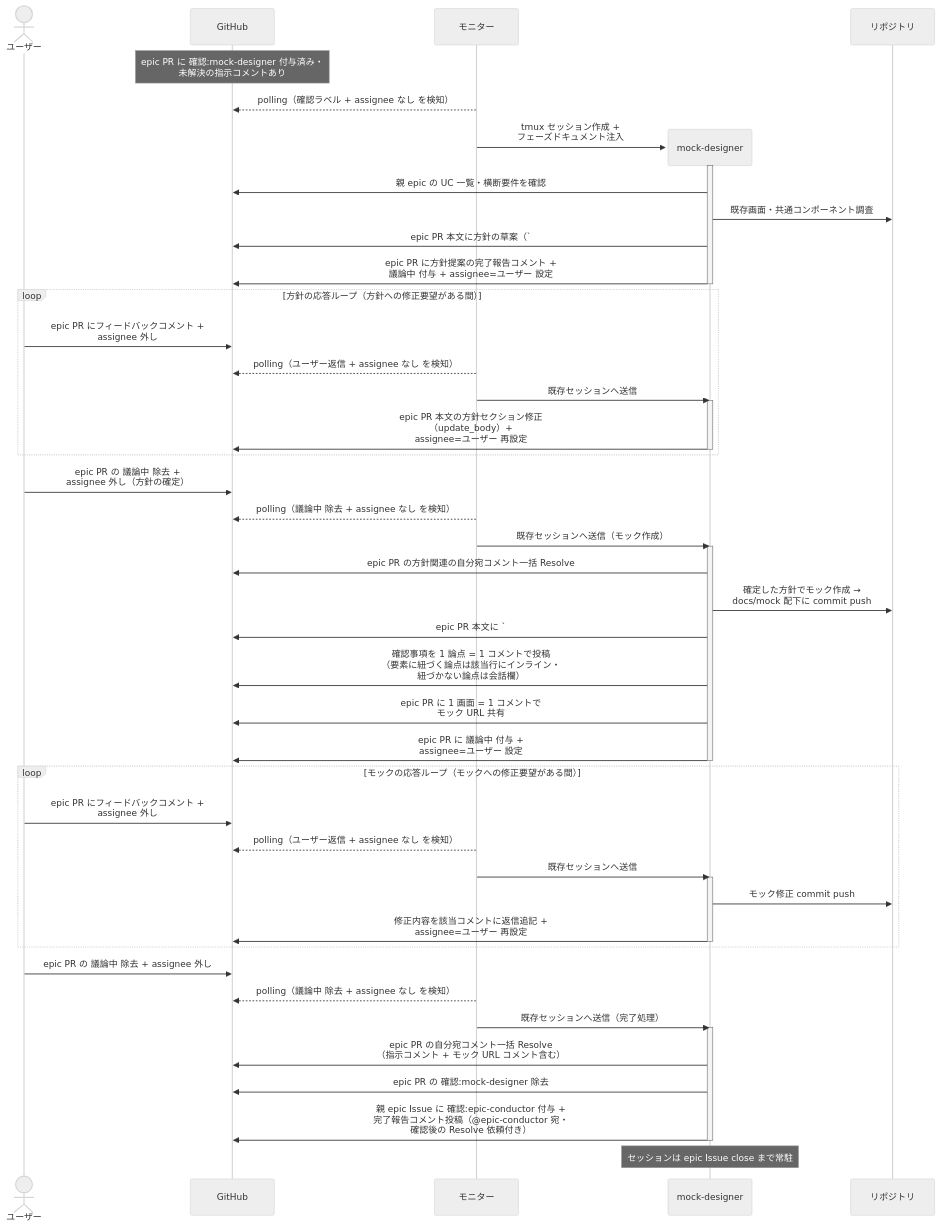
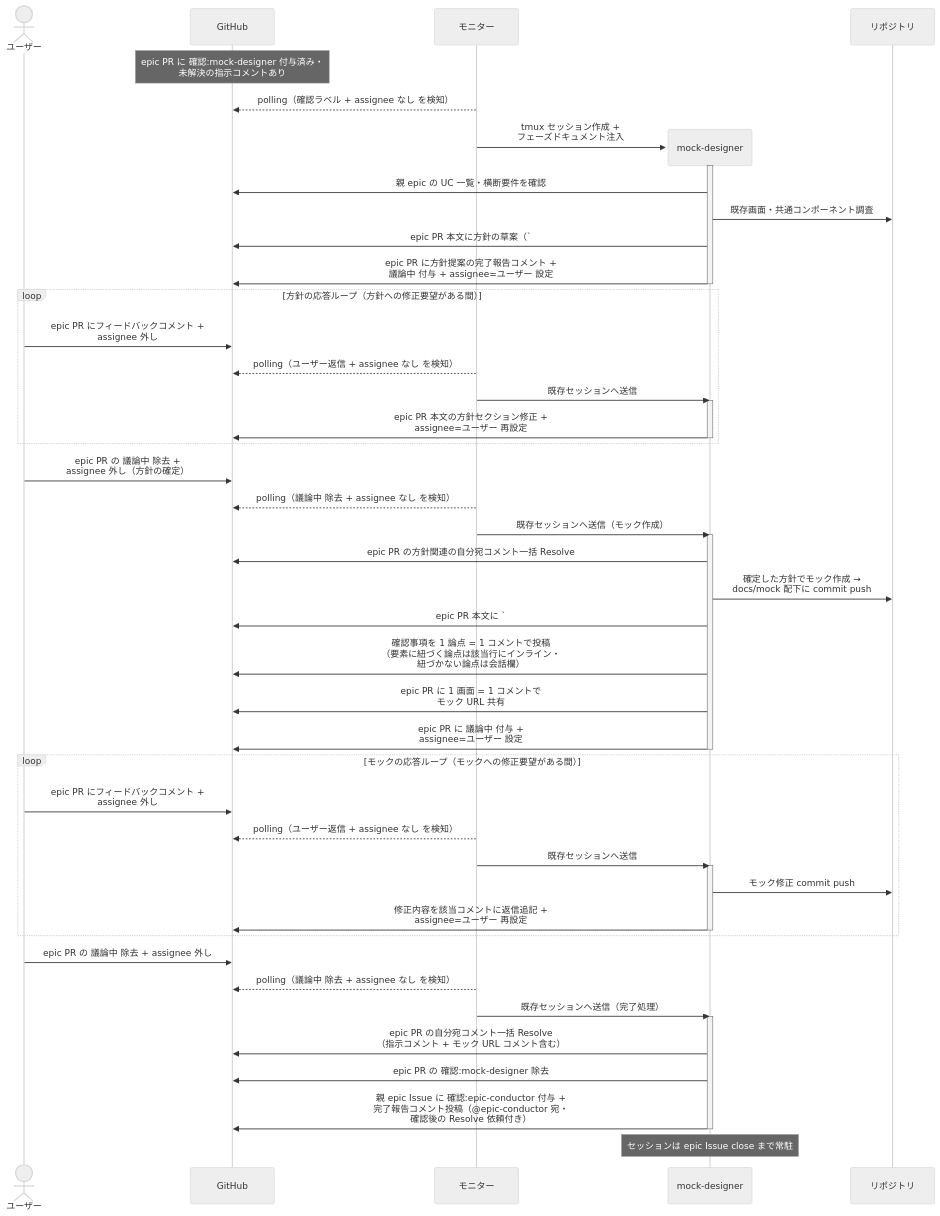
One commit to shuhei1101/ai-monitor changed the first of 2 diagrams in docs/wiki/設計図/シナリオ/単一ユースケース/全体UI設計.md. Above: the diagram before and after it, drawn with Mermaid (neutral theme). The commit also changed other lines of this file and 80 other files, not shown here.

````diff
--- a/docs/wiki/設計図/シナリオ/単一ユースケース/全体UI設計.md
+++ b/docs/wiki/設計図/シナリオ/単一ユースケース/全体UI設計.md
@@ -28,59 +28,59 @@
 ```mermaid
 sequenceDiagram
   actor U as ユーザー
   participant GH as GitHub
   participant ORC as モニター
 
   Note over GH: epic PR に 確認:mock-designer 付与済み・<br>未解決の指示コメントあり
   ORC-->>GH: polling（確認ラベル + assignee なし を検知）
   create participant MON as mock-designer
   ORC->>MON: tmux セッション作成 +<br>フェーズドキュメント注入
   participant REPO as リポジトリ
   activate MON
   MON->>GH: 親 epic の UC 一覧・横断要件を確認
   MON->>REPO: 既存画面・共通コンポーネント調査
-  MON->>GH: epic PR 本文に方針の草案（`### 画面一覧` +<br>`### 画面遷移`）を追記（update_body）
+  MON->>GH: epic PR 本文に方針の草案（`### 画面一覧` +<br>`### 画面遷移`）を追記
   MON->>GH: epic PR に方針提案の完了報告コメント +<br>議論中 付与 + assignee=ユーザー 設定
   deactivate MON
 
   loop 方針の応答ループ（方針への修正要望がある間）
     U->>GH: epic PR にフィードバックコメント +<br>assignee 外し
     ORC-->>GH: polling（ユーザー返信 + assignee なし を検知）
     ORC->>MON: 既存セッションへ送信
     activate MON
-    MON->>GH: epic PR 本文の方針セクション修正<br>（update_body）+<br>assignee=ユーザー 再設定
+    MON->>GH: epic PR 本文の方針セクション修正 +<br>assignee=ユーザー 再設定
     deactivate MON
   end
 
   U->>GH: epic PR の 議論中 除去 +<br>assignee 外し（方針の確定）
   ORC-->>GH: polling（議論中 除去 + assignee なし を検知）
   ORC->>MON: 既存セッションへ送信（モック作成）
   activate MON
   MON->>GH: epic PR の方針関連の自分宛コメント一括 Resolve
   MON->>REPO: 確定した方針でモック作成 →<br>docs/mock 配下に commit push
-  MON->>GH: epic PR 本文に `### モック`（画面ごとの URL 一覧）を追記<br>（update_body）
+  MON->>GH: epic PR 本文に `### モック`（画面ごとの URL 一覧）を追記
   MON->>GH: 確認事項を 1 論点 = 1 コメントで投稿<br>（要素に紐づく論点は該当行にインライン・<br>紐づかない論点は会話欄）
   MON->>GH: epic PR に 1 画面 = 1 コメントで<br>モック URL 共有
   MON->>GH: epic PR に 議論中 付与 +<br>assignee=ユーザー 設定
   deactivate MON
 
   loop モックの応答ループ（モックへの修正要望がある間）
     U->>GH: epic PR にフィードバックコメント +<br>assignee 外し
     ORC-->>GH: polling（ユーザー返信 + assignee なし を検知）
     ORC->>MON: 既存セッションへ送信
     activate MON
     MON->>REPO: モック修正 commit push
     MON->>GH: 修正内容を該当コメントに返信追記 +<br>assignee=ユーザー 再設定
     deactivate MON
   end
 
   U->>GH: epic PR の 議論中 除去 + assignee 外し
   ORC-->>GH: polling（議論中 除去 + assignee なし を検知）
   ORC->>MON: 既存セッションへ送信（完了処理）
   activate MON
   MON->>GH: epic PR の自分宛コメント一括 Resolve<br>（指示コメント + モック URL コメント含む）
   MON->>GH: epic PR の 確認:mock-designer 除去
   MON->>GH: 親 epic Issue に 確認:epic-conductor 付与 +<br>完了報告コメント投稿（@epic-conductor 宛・<br>確認後の Resolve 依頼付き）
   deactivate MON
   Note over MON: セッションは epic Issue close まで常駐
 ```
````
